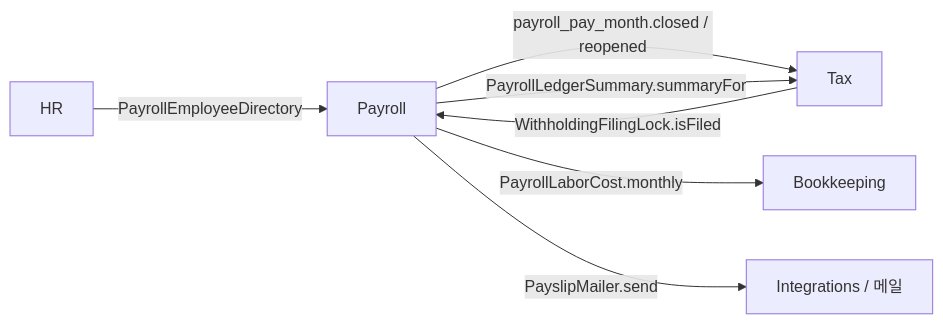
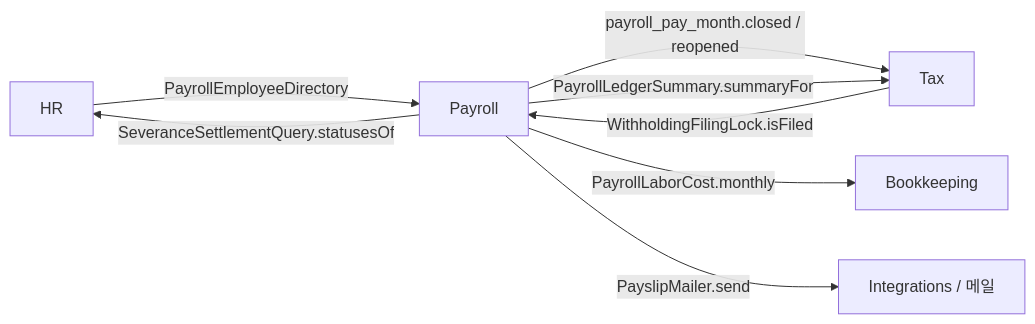
The third of 3 diagrams in docs/design/payroll.md (cbcruk/semu), drawn with Mermaid before and after one commit. The commit also changed other lines of this file and 19 other files, not shown here.

````diff
--- a/docs/design/payroll.md
+++ b/docs/design/payroll.md
@@ -317,9 +318,10 @@
 ```mermaid
 flowchart LR
   HR[HR] -- PayrollEmployeeDirectory --> PAY[Payroll]
   PAY -- payroll_pay_month.closed / reopened --> TAX[Tax]
   TAX -- WithholdingFilingLock.isFiled --> PAY
   PAY -- PayrollLedgerSummary.summaryFor --> TAX
+  PAY -- SeveranceSettlementQuery.statusesOf --> HR
   PAY -- PayrollLaborCost.monthly --> BK[Bookkeeping]
   PAY -- PayslipMailer.send --> INT[Integrations / 메일]
 ```
````
